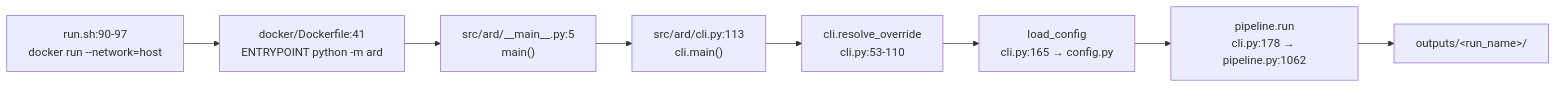
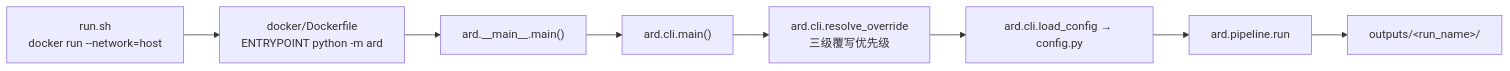
The third of 5 diagrams in docs/architecture.md (godthrone/anchor-replay-distillation), drawn with Mermaid before and after one commit. The commit also changed other lines of this file and 9 other files, not shown here.

````diff
--- a/docs/architecture.md
+++ b/docs/architecture.md
@@ -103,10 +119,10 @@
 ```mermaid
 flowchart LR
-    R["run.sh:90-97<br/>docker run --network=host"] --> D["docker/Dockerfile:41<br/>ENTRYPOINT python -m ard"]
-    D --> M["src/ard/__main__.py:5<br/>main()"]
-    M --> C["src/ard/cli.py:113<br/>cli.main()"]
-    C --> O["cli.resolve_override<br/>cli.py:53-110"]
-    O --> L["load_config<br/>cli.py:165 → config.py"]
-    L --> P["pipeline.run<br/>cli.py:178 → pipeline.py:1062"]
+    R["run.sh<br/>docker run --network=host"] --> D["docker/Dockerfile<br/>ENTRYPOINT python -m ard"]
+    D --> M["ard.__main__.main()"]
+    M --> C["ard.cli.main()"]
+    C --> O["ard.cli.resolve_override<br/>三级覆写优先级"]
+    O --> L["ard.cli.load_config → config.py"]
+    L --> P["ard.pipeline.run"]
     P --> Out["outputs/&lt;run_name&gt;/"]
 ```
````
